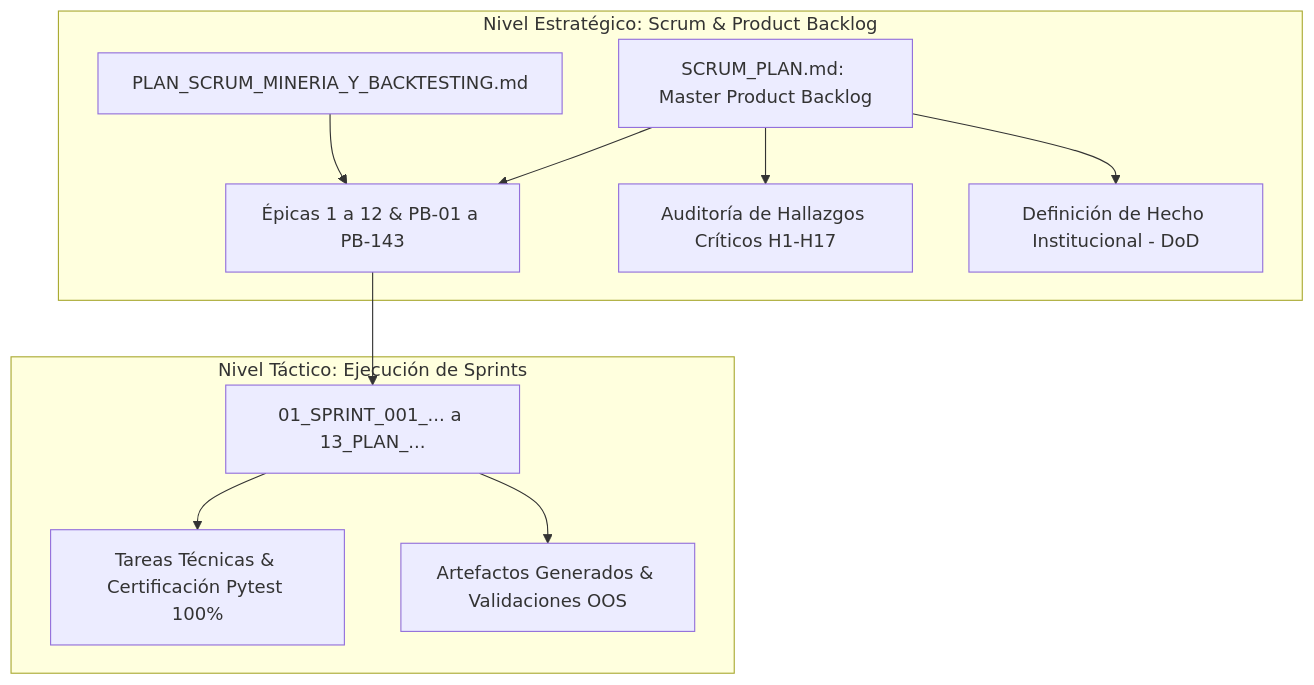
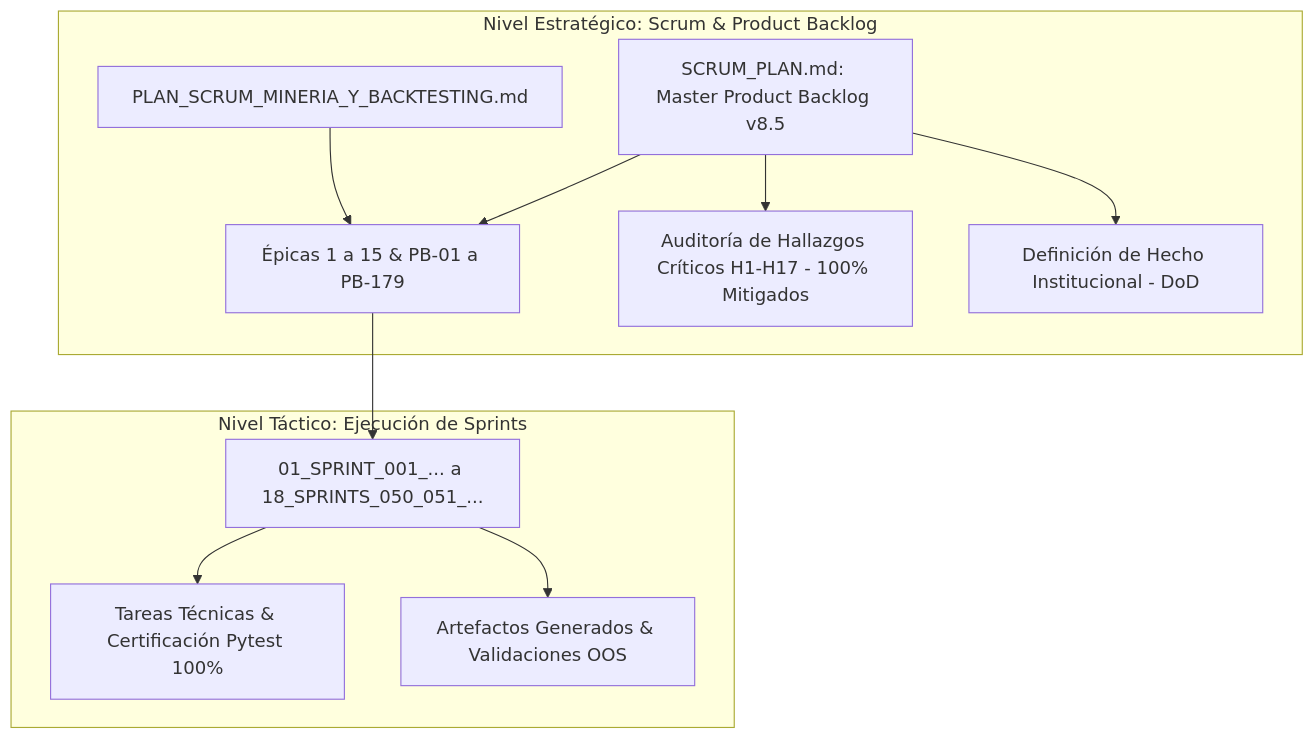
One commit to kalebCard/MemeHunter changed the diagram in docs/history/scrum/README.md. Above: the diagram before and after it, drawn with Mermaid. The commit also changed other lines of this file and 20 other files, not shown here.

````diff
--- a/docs/history/scrum/README.md
+++ b/docs/history/scrum/README.md
@@ -26,15 +26,15 @@
 ```mermaid
 graph TD
     subgraph docs/history/scrum/ [Nivel Estratégico: Scrum & Product Backlog]
-        A[SCRUM_PLAN.md: Master Product Backlog] --> B[Épicas 1 a 12 & PB-01 a PB-143]
-        A --> C[Auditoría de Hallazgos Críticos H1-H17]
+        A[SCRUM_PLAN.md: Master Product Backlog v8.5] --> B[Épicas 1 a 15 & PB-01 a PB-179]
+        A --> C[Auditoría de Hallazgos Críticos H1-H17 - 100% Mitigados]
         A --> D[Definición de Hecho Institucional - DoD]
         E[PLAN_SCRUM_MINERIA_Y_BACKTESTING.md] --> B
     end
 
     subgraph docs/history/sprints/ [Nivel Táctico: Ejecución de Sprints]
-        B --> F[01_SPRINT_001_... a 13_PLAN_...]
+        B --> F[01_SPRINT_001_... a 18_SPRINTS_050_051_...]
         F --> G[Tareas Técnicas & Certificación Pytest 100%]
         F --> H[Artefactos Generados & Validaciones OOS]
     end
 ```
````
